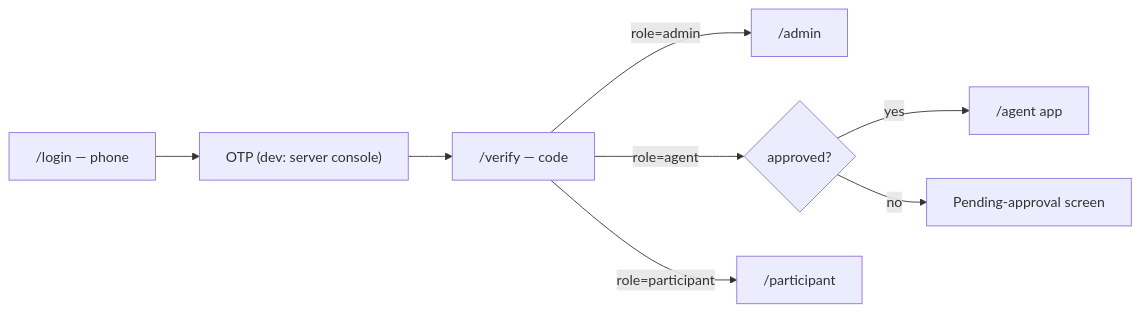
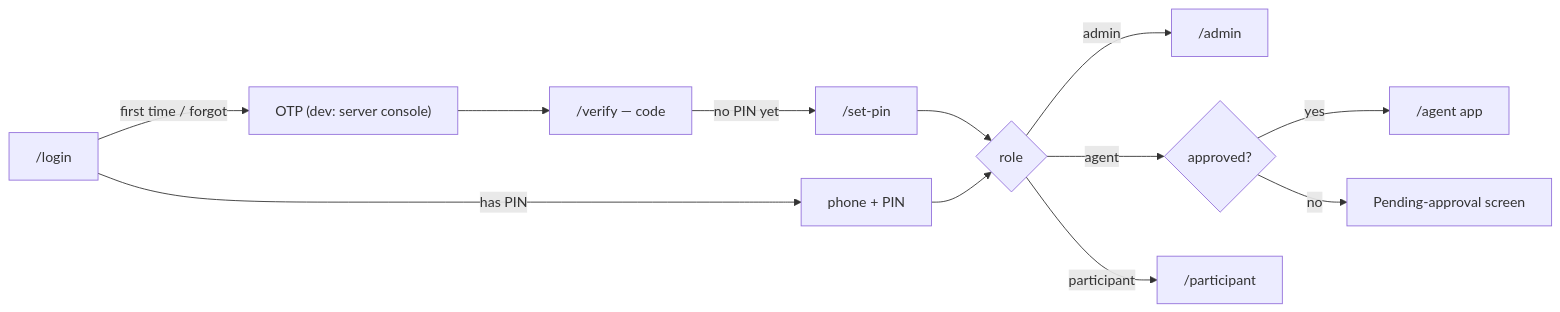
The diagram in README.md (Abdulhadiny/adashi-app), drawn with Mermaid before and after one commit. The commit also changed other lines of this file and 14 other files, not shown here.

Commit message:
feat/update application flow

````diff
--- a/README.md
+++ b/README.md
@@ -71,10 +78,14 @@
 ```mermaid
 flowchart LR
-  L["/login — phone"] --> O["OTP (dev: server console)"]
+  L["/login"] -->|has PIN| PIN["phone + PIN"]
+  L -->|first time / forgot| O["OTP (dev: server console)"]
   O --> V["/verify — code"]
-  V -->|role=admin| A["/admin"]
-  V -->|role=agent| G{"approved?"}
-  V -->|role=participant| P["/participant"]
+  V -->|no PIN yet| SP["/set-pin"]
+  SP --> H{role}
+  PIN --> H
+  H -->|admin| A["/admin"]
+  H -->|agent| G{"approved?"}
+  H -->|participant| P["/participant"]
   G -->|yes| GA["/agent app"]
   G -->|no| GP["Pending-approval screen"]
 ```
````
